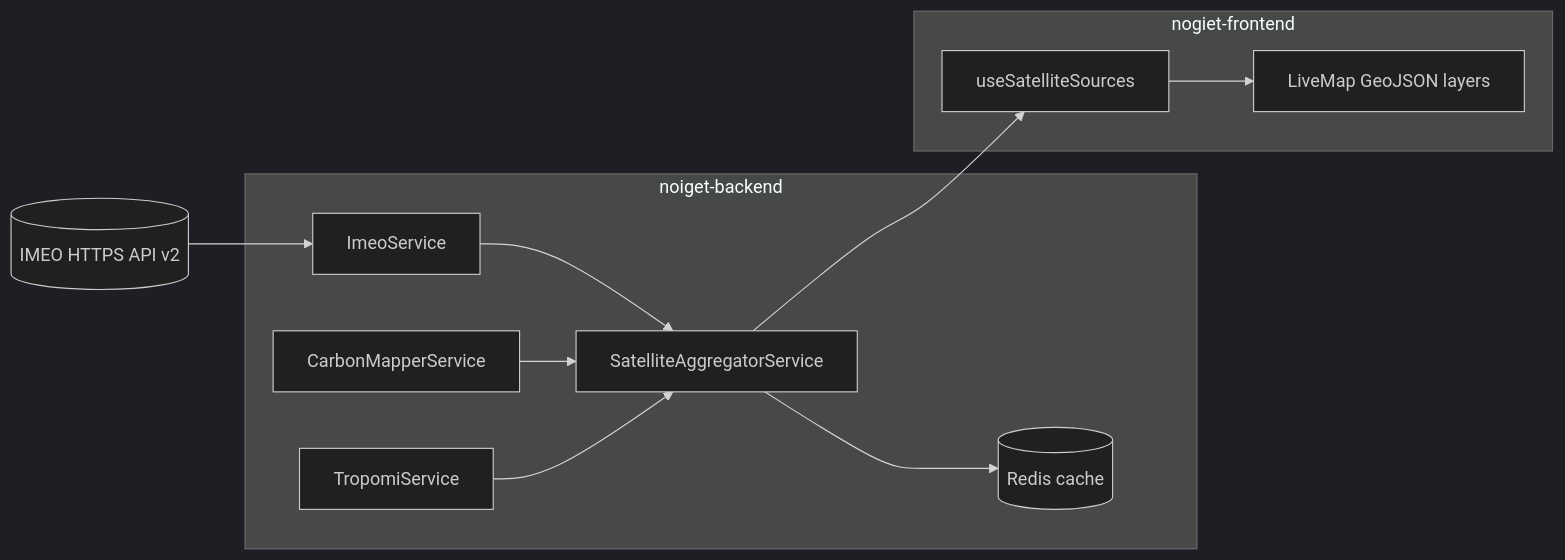
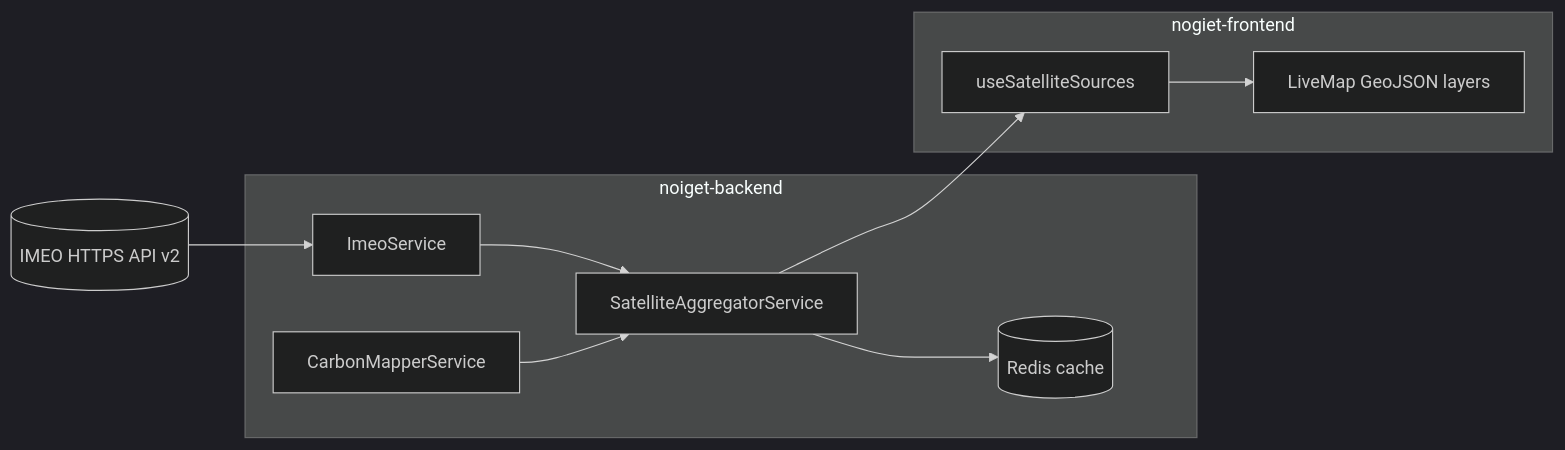
One commit to Officialnogiet/nogiet-frontend changed the diagram in docs/IMEO_INTEGRATION.md. Above: the diagram before and after it, drawn with Mermaid (dark theme). The commit also changed other lines of this file and 19 other files, not shown here.

````diff
--- a/docs/IMEO_INTEGRATION.md
+++ b/docs/IMEO_INTEGRATION.md
@@ -62,21 +62,19 @@
 ```mermaid
 flowchart LR
   subgraph backend [noiget-backend]
     IMEO[ImeoService]
     CM[CarbonMapperService]
-    TR[TropomiService]
     AGG[SatelliteAggregatorService]
     CACHE[(Redis cache)]
     IMEO --> AGG
     CM --> AGG
-    TR --> AGG
     AGG --> CACHE
   end
   subgraph frontend [nogiet-frontend]
     HOOK[useSatelliteSources]
     MAP[LiveMap GeoJSON layers]
     HOOK --> MAP
   end
   API[(IMEO HTTPS API v2)] --> IMEO
   AGG --> HOOK
 ```
````
